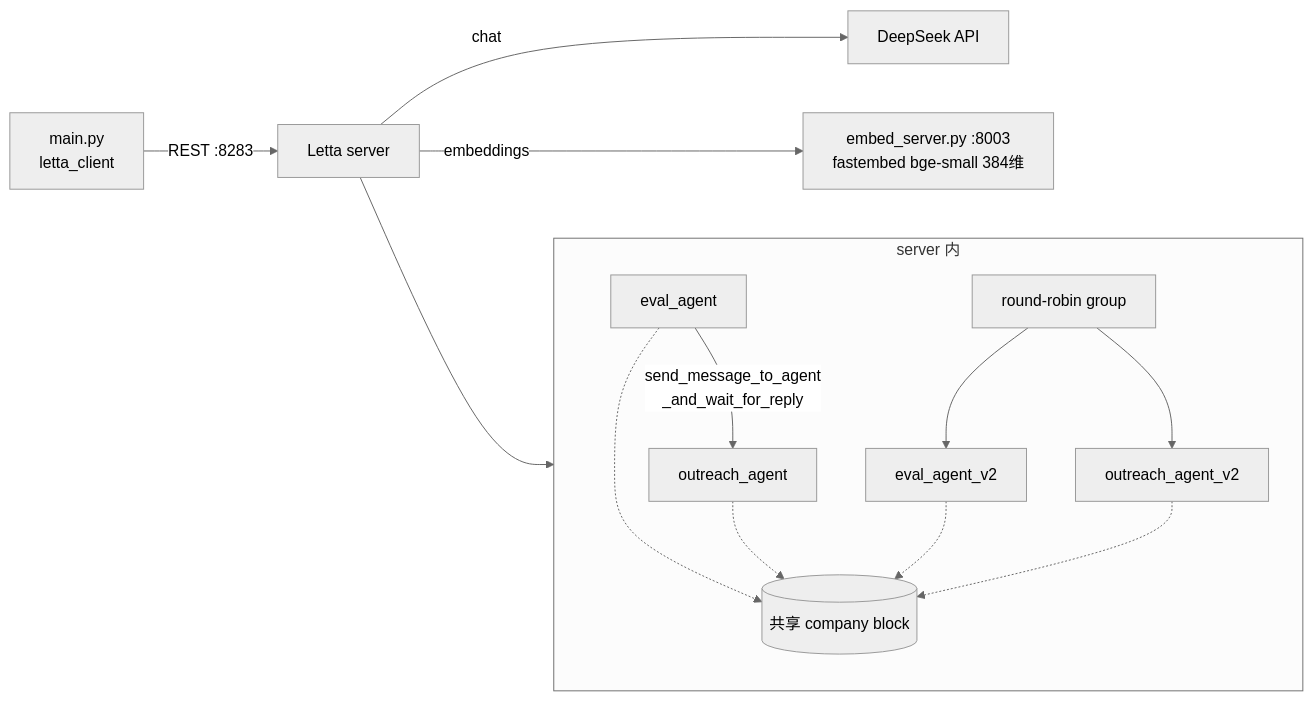
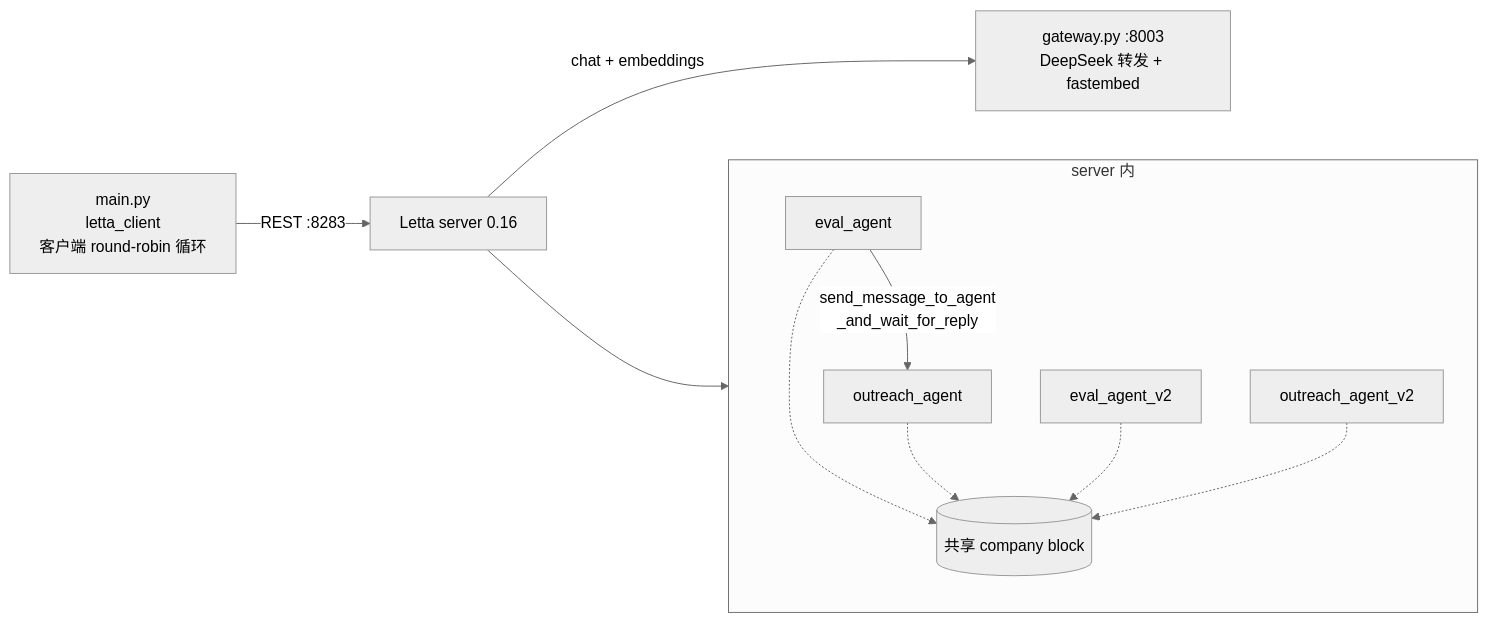
Before and after one commit to Colonel86/ai-agent-learn: the diagram in agent/courses/memory/12b-LLMs as Operating Systems Agent Memory/code/L6/README.md, drawn with Mermaid (neutral theme). The commit also changed other lines of this file and 142 other files, not shown here.

````diff
--- a/agent/courses/memory/12b-LLMs as Operating Systems Agent Memory/code/L6/README.md
+++ b/agent/courses/memory/12b-LLMs as Operating Systems Agent Memory/code/L6/README.md
@@ -7,15 +7,13 @@
 ```mermaid
 flowchart LR
-    M[main.py<br/>letta_client] -->|REST :8283| S[Letta server]
+    M[main.py<br/>letta_client<br/>客户端 round-robin 循环] -->|REST :8283| S[Letta server 0.16]
     subgraph S2[server 内]
         E1[eval_agent] -->|send_message_to_agent<br/>_and_wait_for_reply| O1[outreach_agent]
         E1 -.-> B[(共享 company block)]
         O1 -.-> B
-        G[round-robin group] --> E2[eval_agent_v2] & O2[outreach_agent_v2]
-        E2 -.-> B
-        O2 -.-> B
+        E2[eval_agent_v2] -.-> B
+        O2[outreach_agent_v2] -.-> B
     end
     S --> S2
-    S -->|chat| D[DeepSeek API]
-    S -->|embeddings| EM[embed_server.py :8003<br/>fastembed bge-small 384维]
+    S -->|chat + embeddings| G[gateway.py :8003<br/>DeepSeek 转发 + fastembed]
 ```
````
